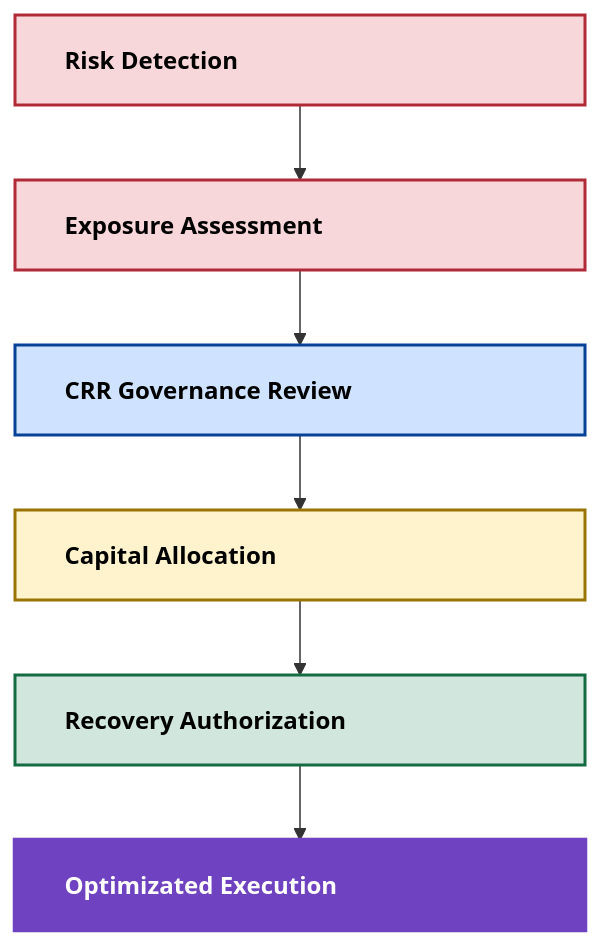
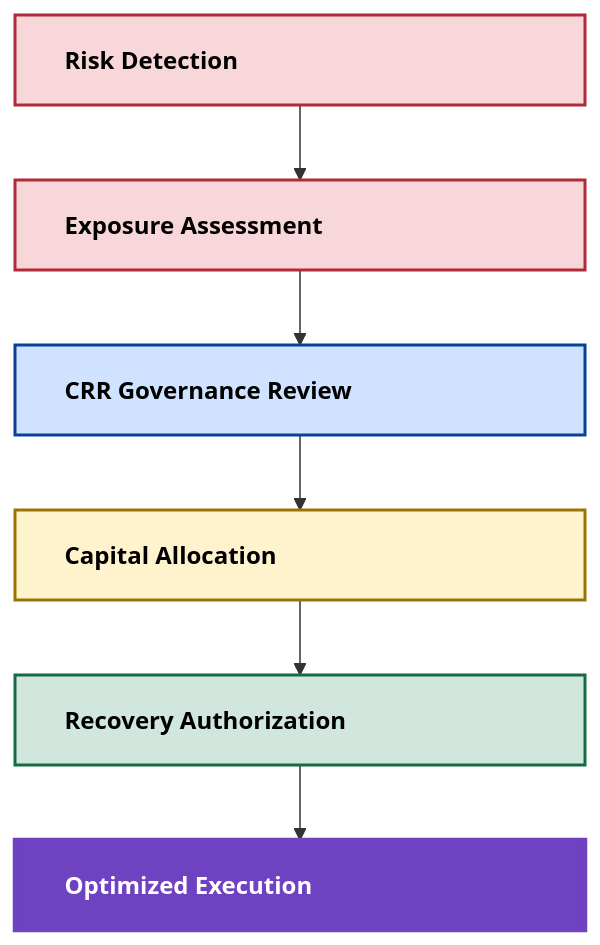
Before and after one commit to AwesomeAnil/newbridge-saas-operating-system: the second of 4 diagrams in 08_CRR_Optimization/central-risk-reserve.md, drawn with Mermaid. The commit also changed other lines of this file, not shown here.

````diff
--- a/08_CRR_Optimization/central-risk-reserve.md
+++ b/08_CRR_Optimization/central-risk-reserve.md
@@ -169,31 +191,31 @@
 ```mermaid
 flowchart TD
     A["<table style='width:320px; display:block; text-align:center;'><tr><td><b style='font-size:16px;'>Risk Detection</b></td></tr></table>"]
     B["<table style='width:320px; display:block; text-align:center;'><tr><td><b style='font-size:16px;'>Exposure Assessment</b></td></tr></table>"]
     C["<table style='width:320px; display:block; text-align:center;'><tr><td><b style='font-size:16px;'>CRR Governance Review</b></td></tr></table>"]
     D["<table style='width:320px; display:block; text-align:center;'><tr><td><b style='font-size:16px;'>Capital Allocation</b></td></tr></table>"]
     E["<table style='width:320px; display:block; text-align:center;'><tr><td><b style='font-size:16px;'>Recovery Authorization</b></td></tr></table>"]
-    F["<table style='width:320px; display:block; text-align:center;'><tr><td><b style='font-size:16px;'>Optimizated Execution</b></td></tr></table>"]
+    F["<table style='width:320px; display:block; text-align:center;'><tr><td><b style='font-size:16px;'>Optimized Execution</b></td></tr></table>"]
 
     A --> B
     B --> C
     C --> D
     D --> E
     E --> F
 
     %% Color Styling %%
     classDef styleA fill:#f8d7da,stroke:#b02a37,stroke-width:2px,color:#000000;
     classDef styleB fill:#f8d7da,stroke:#b02a37,stroke-width:2px,color:#000000;
     classDef styleC fill:#cfe2ff,stroke:#084298,stroke-width:2px,color:#000000;
     classDef styleD fill:#fff3cd,stroke:#997404,stroke-width:2px,color:#000000;
     classDef styleE fill:#d1e7dd,stroke:#146c43,stroke-width:2px,color:#000000;
     classDef styleF fill:#6f42c1,stroke:#6f42c1,stroke-width:3px,color:#ffffff;
 
     %% Applying styles to nodes %%
     class A styleA;
     class B styleB;
     class C styleC;
     class D styleD;
     class E styleE;
     class F styleF;
 ```
````
